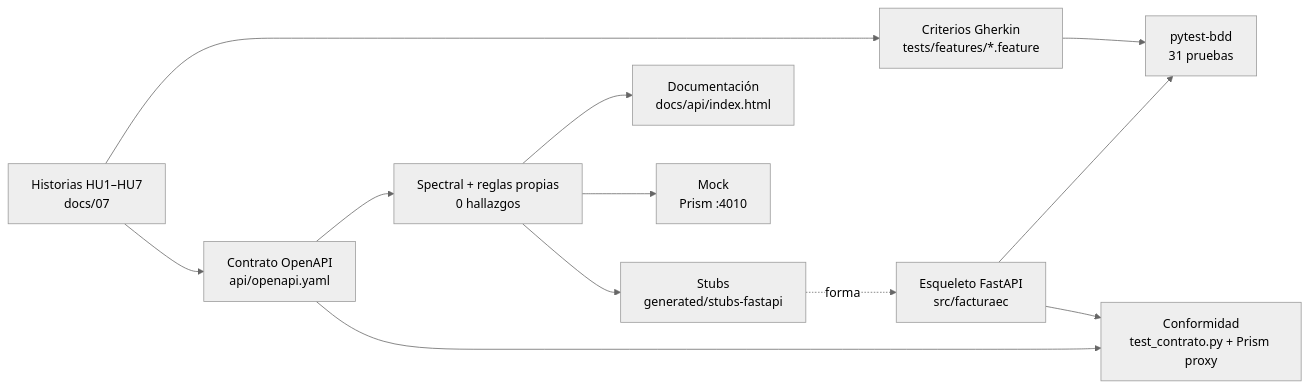
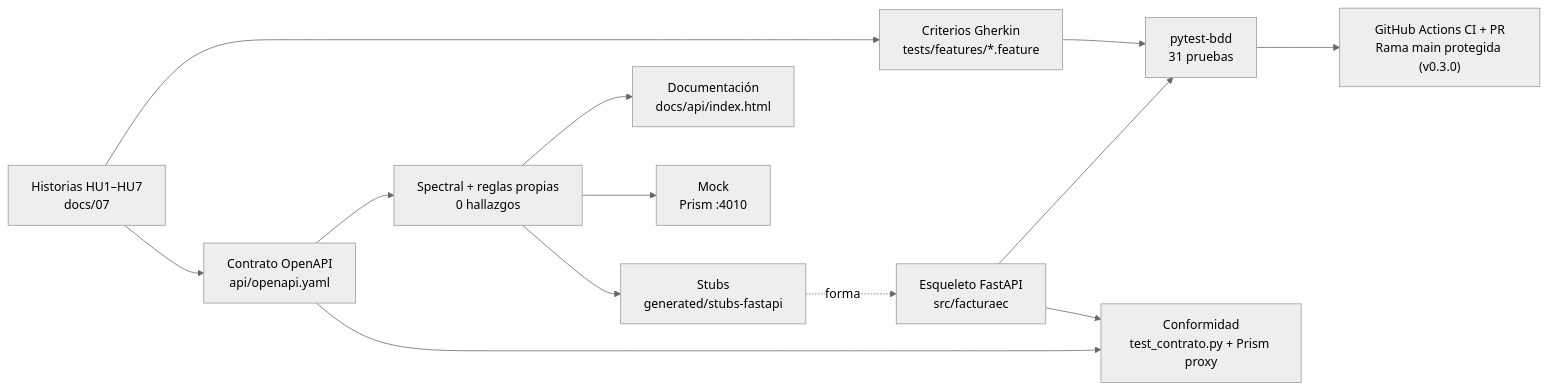
One commit to byronbravo1080/ApiFacturacion changed the diagram in README.md. Above: the diagram before and after it, drawn with Mermaid (neutral theme). The commit also changed other lines of this file and 2 other files, not shown here.

````diff
--- a/README.md
+++ b/README.md
@@ -10,14 +10,15 @@
 ```mermaid
 flowchart LR
     hu["Historias HU1–HU7<br/>docs/07"] --> ca["Criterios Gherkin<br/>tests/features/*.feature"]
     hu --> contrato["Contrato OpenAPI<br/>api/openapi.yaml"]
     contrato --> lint["Spectral + reglas propias<br/>0 hallazgos"]
     lint --> docs["Documentación<br/>docs/api/index.html"]
     lint --> mock["Mock<br/>Prism :4010"]
     lint --> stubs["Stubs<br/>generated/stubs-fastapi"]
     stubs -. forma .-> src["Esqueleto FastAPI<br/>src/facturaec"]
     ca --> pruebas["pytest-bdd<br/>31 pruebas"]
     src --> pruebas
     contrato --> conf["Conformidad<br/>test_contrato.py + Prism proxy"]
     src --> conf
+    pruebas --> ci["GitHub Actions CI + PR<br/>Rama main protegida (v0.3.0)"]
 ```
````
